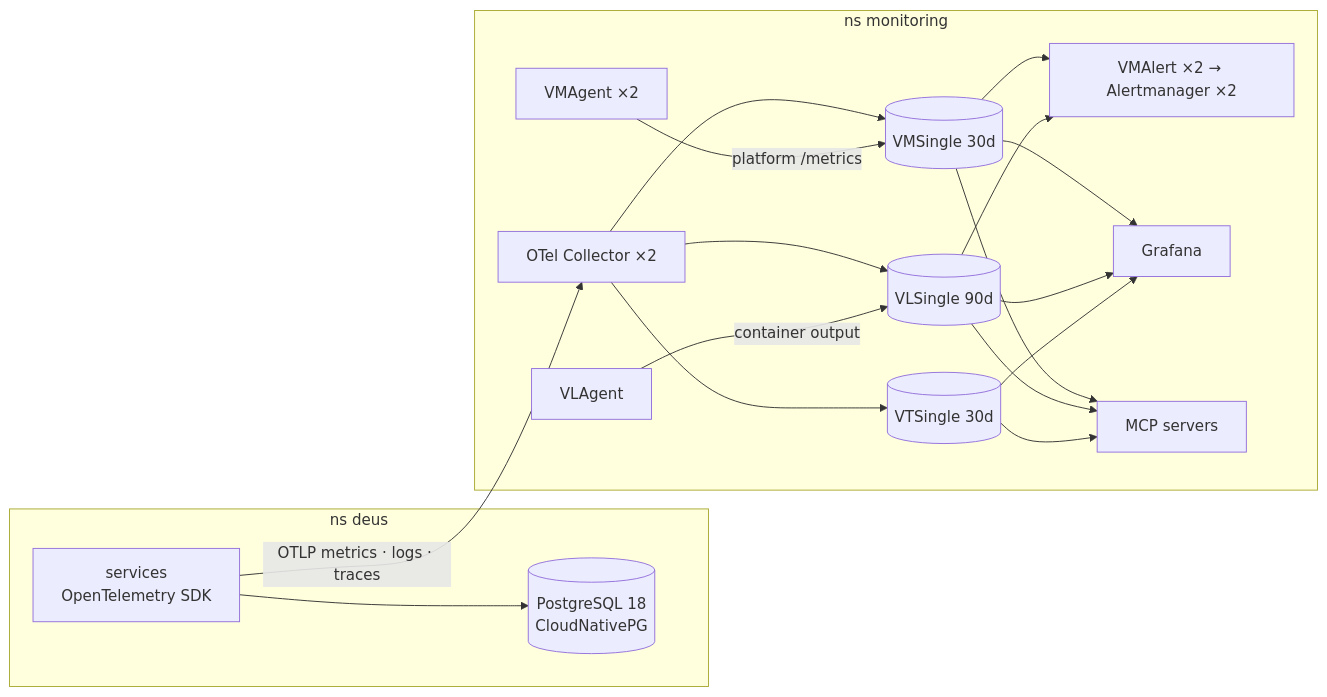
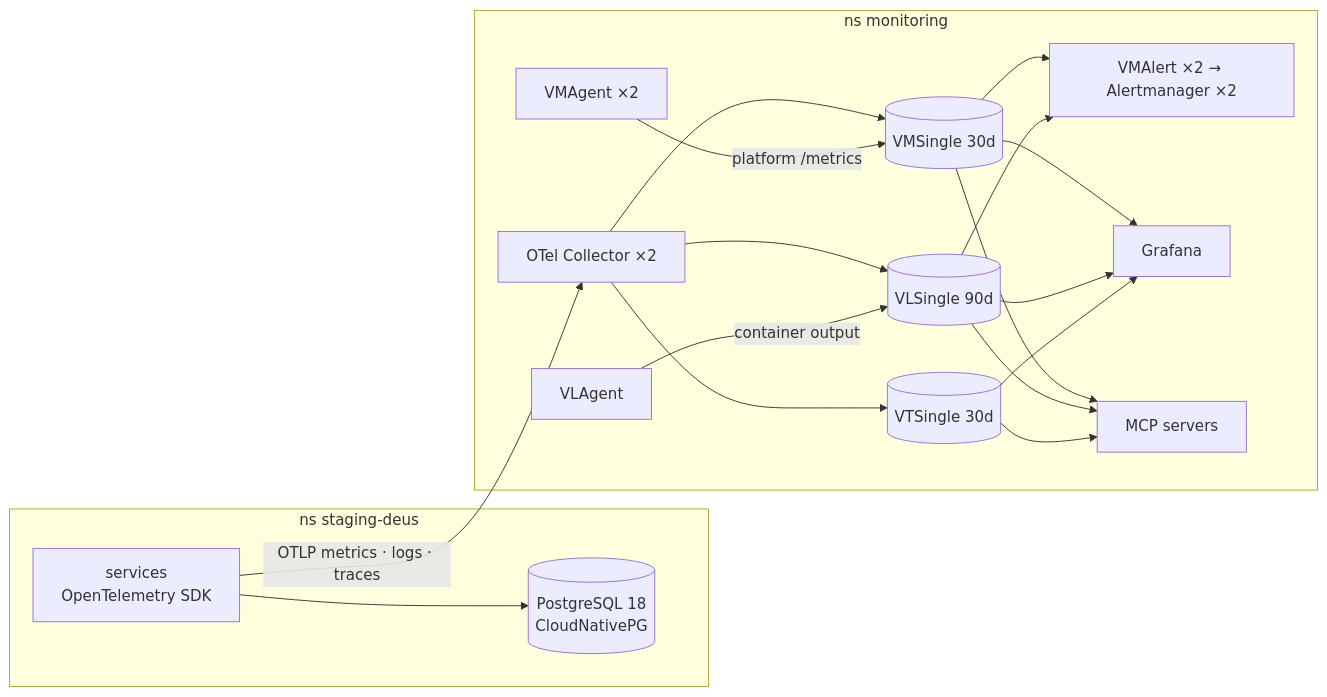
The second of 2 diagrams in README.md (alice101-dev/k8s-victoria-observability), drawn with Mermaid before and after one commit. The commit also changed other lines of this file and 131 other files, not shown here.

````diff
--- a/README.md
+++ b/README.md
@@ -79,25 +87,25 @@
 ```mermaid
 flowchart LR
-  subgraph deus["ns deus"]
+  subgraph deus["ns staging-deus"]
     svc["services<br/>OpenTelemetry SDK"]
     db[("PostgreSQL 18<br/>CloudNativePG")]
     svc --> db
   end
   subgraph mon["ns monitoring"]
     otel["OTel Collector ×2"]
     vm[("VMSingle 30d")]
     vl[("VLSingle 90d")]
     vt[("VTSingle 30d")]
     vma["VMAgent ×2"]
     vla["VLAgent"]
     alert["VMAlert ×2 → Alertmanager ×2"]
     grafana["Grafana"]
     mcp["MCP servers"]
   end
   svc -- "OTLP metrics · logs · traces" --> otel
   otel --> vm & vl & vt
   vma -- "platform /metrics" --> vm
   vla -- "container output" --> vl
   vm & vl --> alert
   vm & vl & vt --> grafana & mcp
 ```
````
